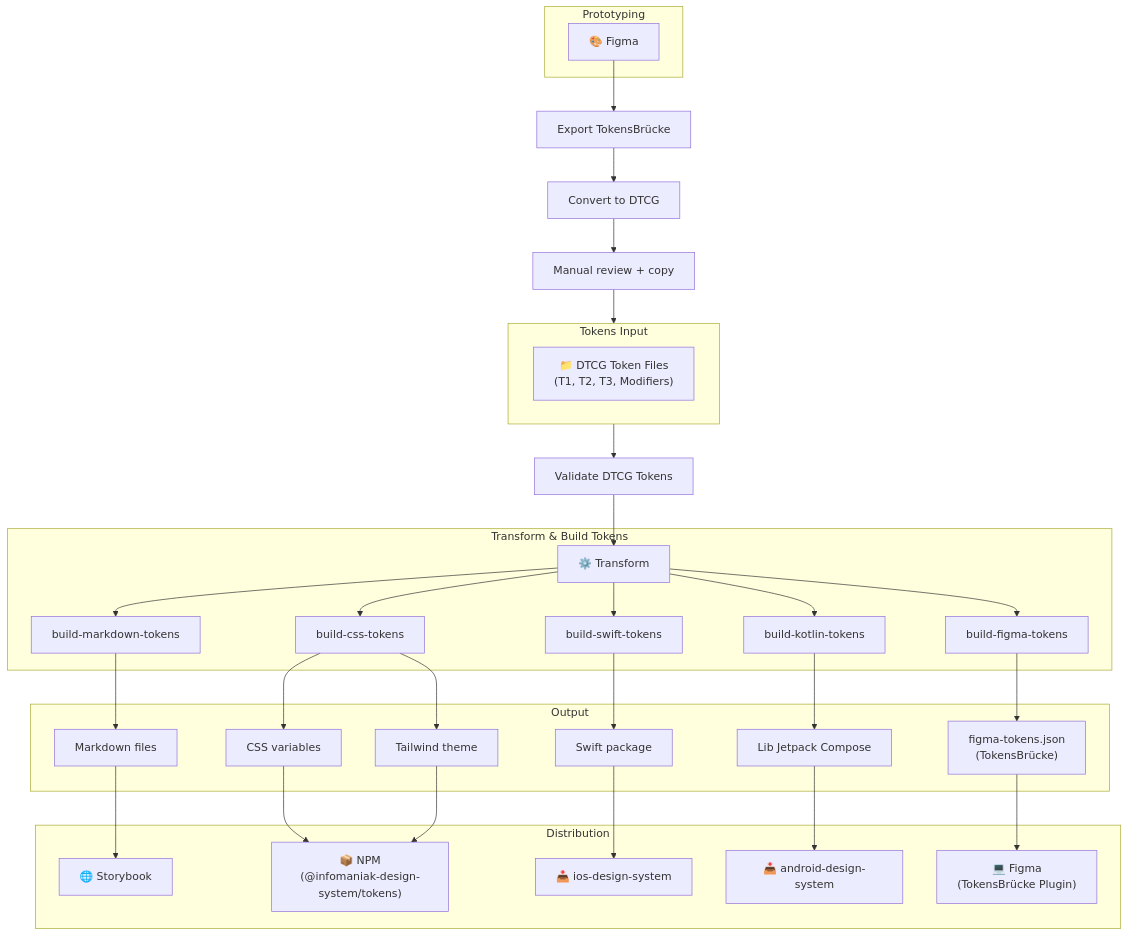
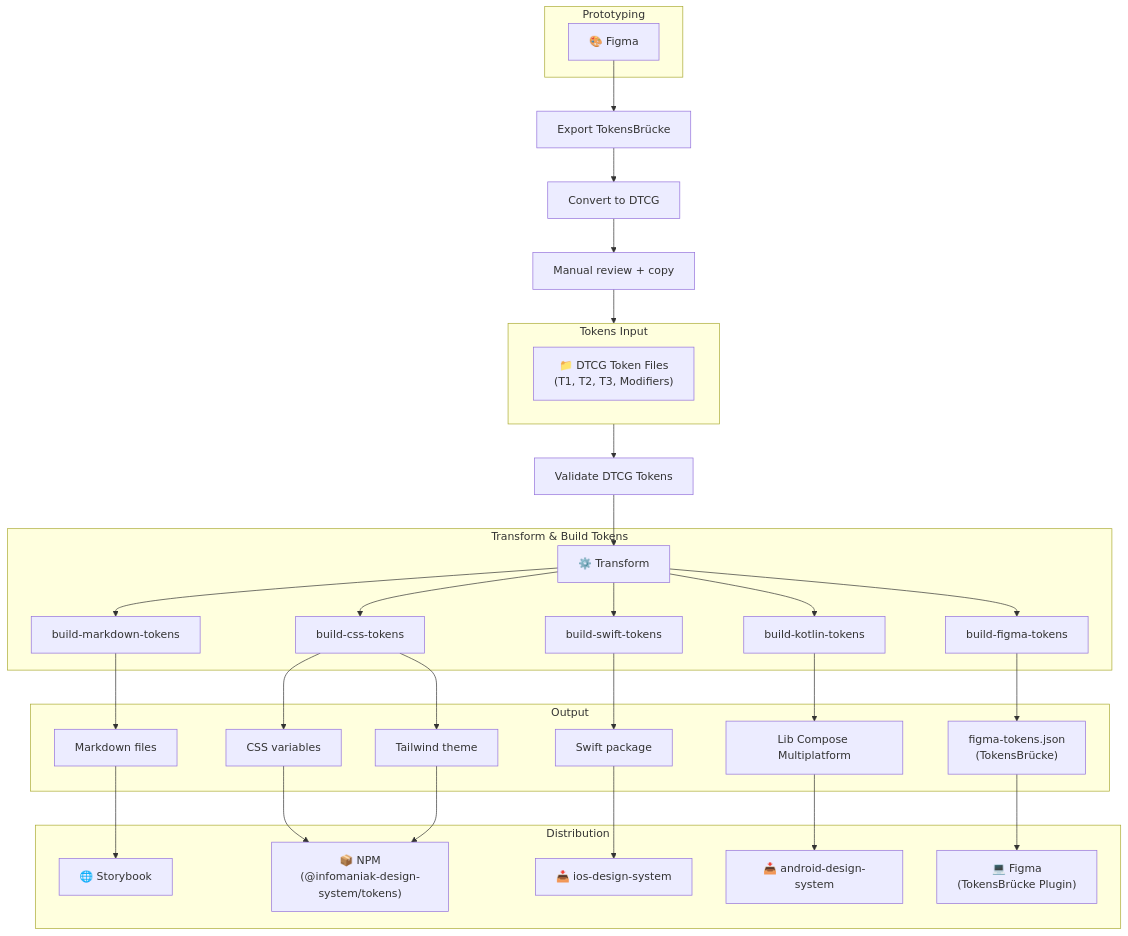
The diagram in packages/tokens/README.md (Infomaniak/design-system), drawn with Mermaid before and after one commit. The commit also changed other lines of this file, not shown here.

Commit message:
docs(tokens): document Kotlin Multiplatform output

````diff
--- a/packages/tokens/README.md
+++ b/packages/tokens/README.md
@@ -14,75 +14,75 @@
 ```mermaid
 flowchart TD
     %% --- Subgraphs ---
 
     subgraph Prototyping["Prototyping"]
         FigmaDoc["🎨 Figma"]
     end
 
     subgraph TokensInput["Tokens Input"]
         Folder["📁 DTCG Token Files<br/>(T1, T2, T3, Modifiers)"]
     end
 
     subgraph BuildTokens["Transform & Build Tokens"]
         Transform["⚙️ Transform"]
         B_MD["build-markdown-tokens"]
         B_CSS["build-css-tokens"]
         B_Swift["build-swift-tokens"]
         B_Kotlin["build-kotlin-tokens"]
         B_Figma["build-figma-tokens"]
 
         Transform --> B_MD & B_CSS & B_Swift & B_Kotlin & B_Figma
     end
 
     subgraph Output["Output"]
         O_MD["Markdown files"]
         O_CSS["CSS variables"]
         O_TW["Tailwind theme"]
         O_Swift["Swift package"]
-        O_JC["Lib Jetpack Compose"]
+        O_JC["Lib Compose Multiplatform"]
         O_FT["figma-tokens.json<br/>(TokensBrücke)"]
     end
 
     subgraph Distribution["Distribution"]
         D_SB["🌐 Storybook"]
         D_NPM["📦 NPM<br/>(@infomaniak-design-system/tokens)"]
         D_iOS["📥 ios-design-system"]
         D_Android["📥 android-design-system"]
         D_Figma["💻 Figma<br/>(TokensBrücke Plugin)"]
     end
 
     %% --- Main Flow and Intermediate Steps ---
 
     Export["Export TokensBrücke"]
     Convert["Convert to DTCG"]
     Manual["Manual review + copy"]
     Validate["Validate DTCG Tokens"]
 
     %% Connecting to the Subgraph to force vertical centering
     FigmaDoc --> Export
     Export --> Convert
     Convert --> Manual
     Manual --> TokensInput
     TokensInput --> Validate
     Validate --> Transform
 
     %% --- Build to Output Connections ---
 
     B_MD --> O_MD
     B_CSS --> O_CSS
     B_CSS --> O_TW
     B_Swift --> O_Swift
     B_Kotlin --> O_JC
     B_Figma --> O_FT
 
     %% --- Output to Distribution Connections ---
 
     O_MD --> D_SB
 
     %% Converging both CSS and Tailwind into NPM
     O_CSS & O_TW --> D_NPM
 
     O_Swift --> D_iOS
     O_JC --> D_Android
     O_FT --> D_Figma
 ```
````
